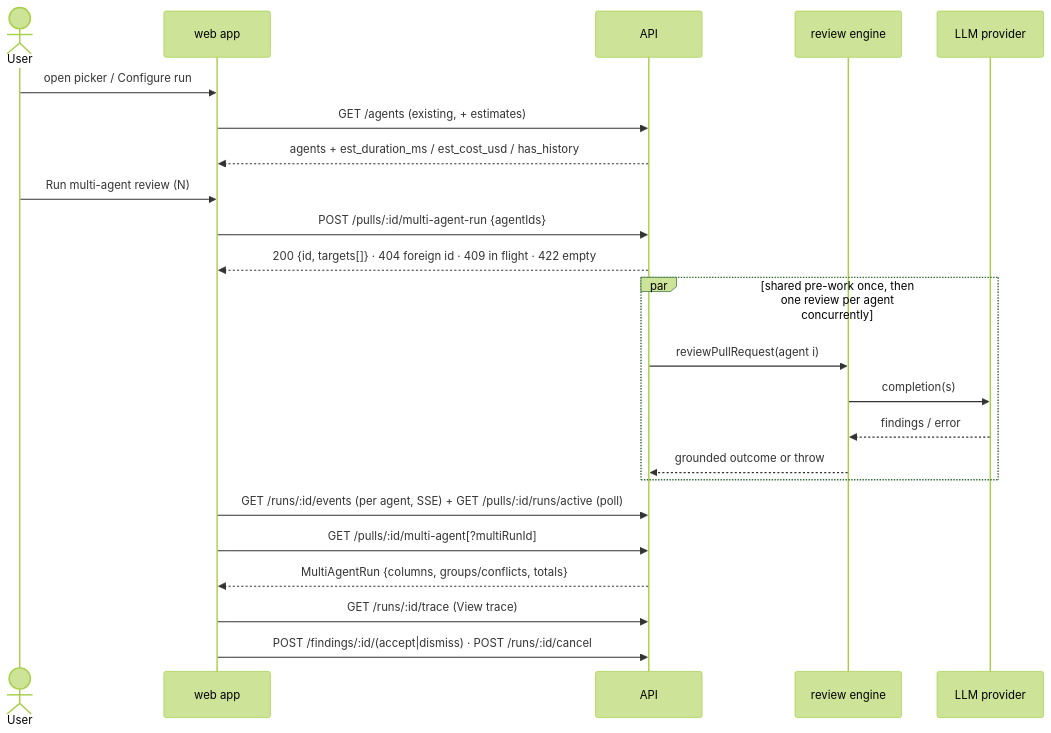
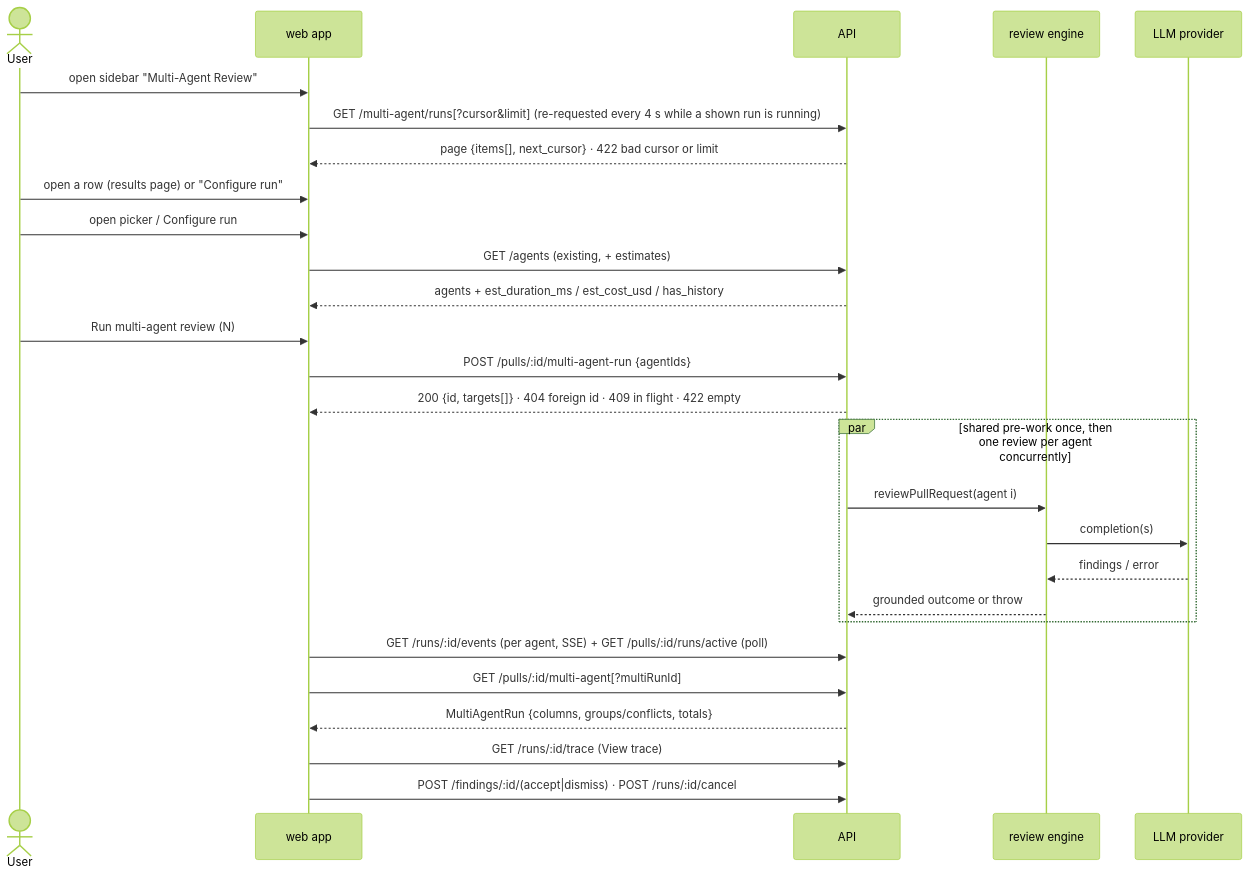
One commit to humen-dev/dev-digest changed the diagram in specs/2026-10-12-multi-agent-review.md. Above: the diagram before and after it, drawn with Mermaid (forest theme). The commit also changed other lines of this file and 1 other file, not shown here.

Commit message:
docs(multi-agent-review): SPEC-07 revision — multi-agent runs list (approved)

````diff
--- a/specs/2026-10-12-multi-agent-review.md
+++ b/specs/2026-10-12-multi-agent-review.md
@@ -224,25 +272,29 @@
 ```mermaid
 sequenceDiagram
   actor U as User
   participant W as web app
   participant A as API
   participant E as review engine
   participant L as LLM provider
+  U->>W: open sidebar "Multi-Agent Review"
+  W->>A: GET /multi-agent/runs[?cursor&limit] (re-requested every 4 s while a shown run is running)
+  A-->>W: page {items[], next_cursor} · 422 bad cursor or limit
+  U->>W: open a row (results page) or "Configure run"
   U->>W: open picker / Configure run
   W->>A: GET /agents (existing, + estimates)
   A-->>W: agents + est_duration_ms / est_cost_usd / has_history
   U->>W: Run multi-agent review (N)
   W->>A: POST /pulls/:id/multi-agent-run {agentIds}
   A-->>W: 200 {id, targets[]} · 404 foreign id · 409 in flight · 422 empty
   par shared pre-work once, then one review per agent concurrently
     A->>E: reviewPullRequest(agent i)
     E->>L: completion(s)
     L-->>E: findings / error
     E-->>A: grounded outcome or throw
   end
   W->>A: GET /runs/:id/events (per agent, SSE) + GET /pulls/:id/runs/active (poll)
   W->>A: GET /pulls/:id/multi-agent[?multiRunId]
   A-->>W: MultiAgentRun {columns, groups/conflicts, totals}
   W->>A: GET /runs/:id/trace (View trace)
   W->>A: POST /findings/:id/(accept|dismiss) · POST /runs/:id/cancel
 ```
````
